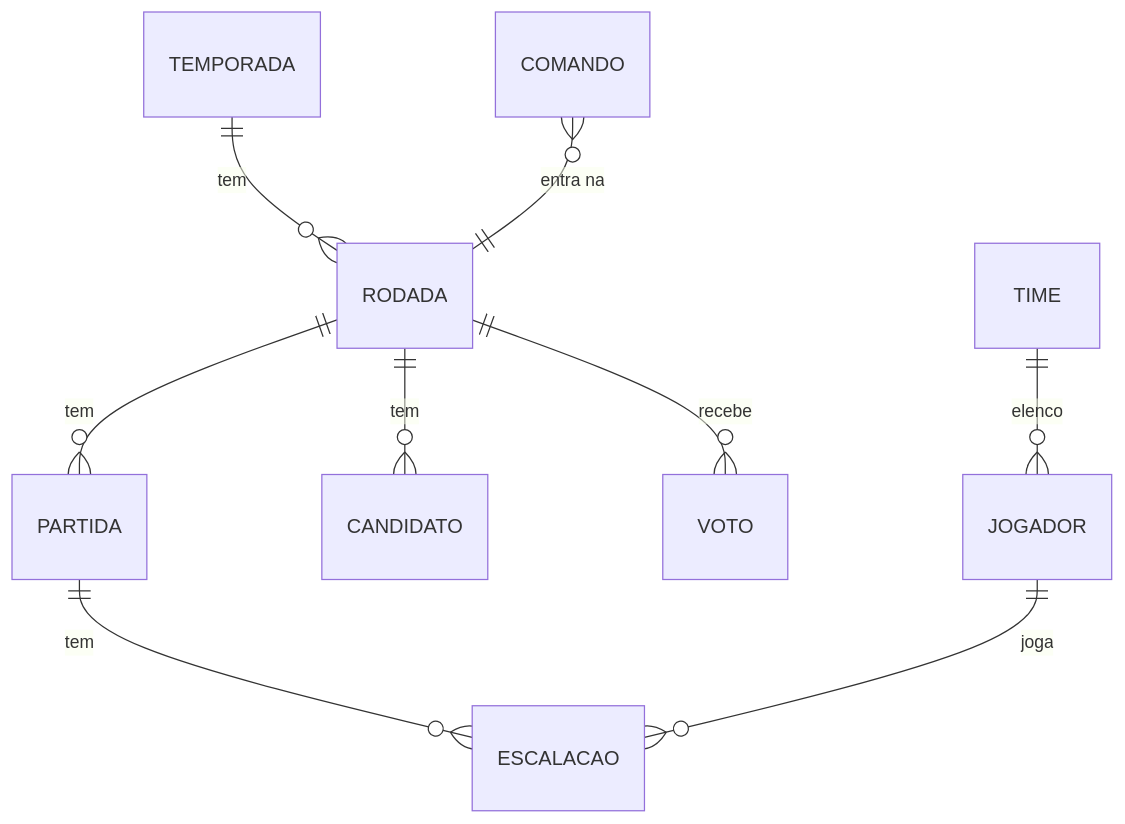
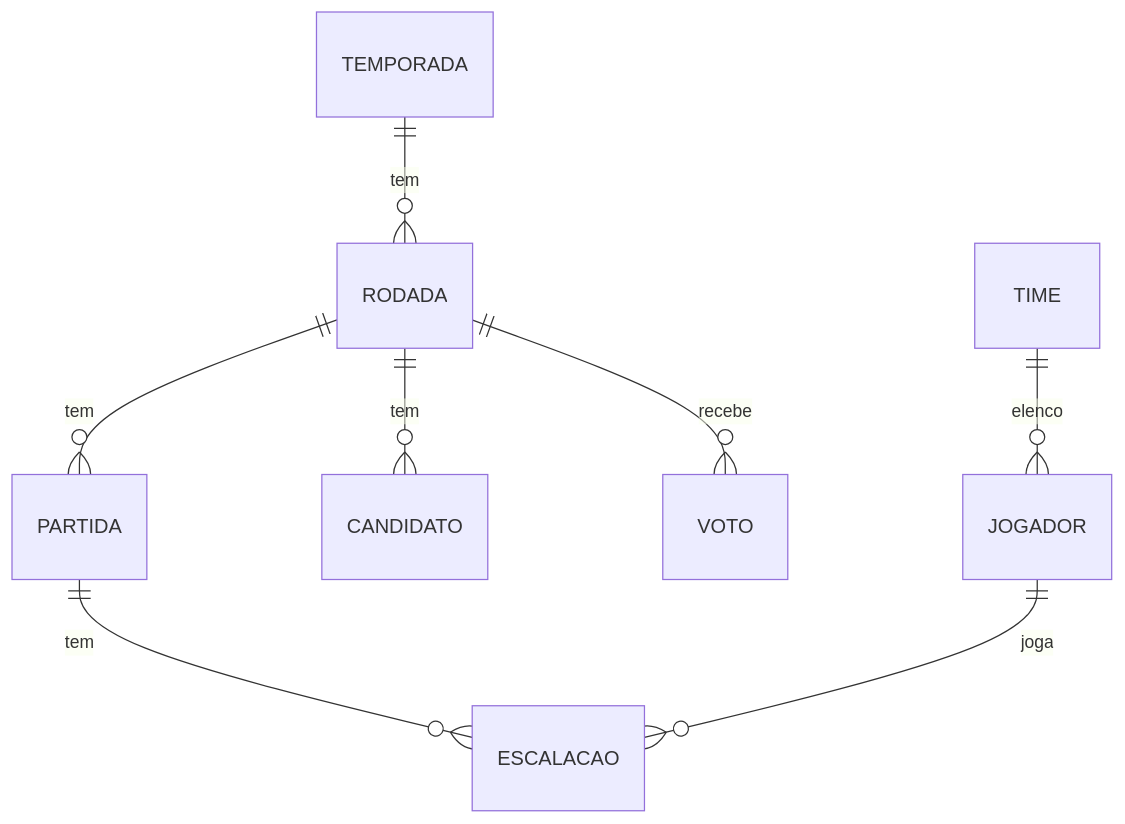
The second of 2 diagrams in docs/arquitetura.md (brunomcdesa/varzeao-da-mata), drawn with Mermaid before and after one commit. The commit also changed other lines of this file and 3 other files, not shown here.

````diff
--- a/docs/arquitetura.md
+++ b/docs/arquitetura.md
@@ -35,11 +53,10 @@
 ```mermaid
 erDiagram
   TEMPORADA ||--o{ RODADA : tem
   TIME ||--o{ JOGADOR : elenco
   RODADA ||--o{ PARTIDA : tem
   PARTIDA ||--o{ ESCALACAO : tem
   JOGADOR ||--o{ ESCALACAO : joga
   RODADA ||--o{ CANDIDATO : tem
   RODADA ||--o{ VOTO : recebe
-  COMANDO }o--|| RODADA : "entra na"
 ```
````
